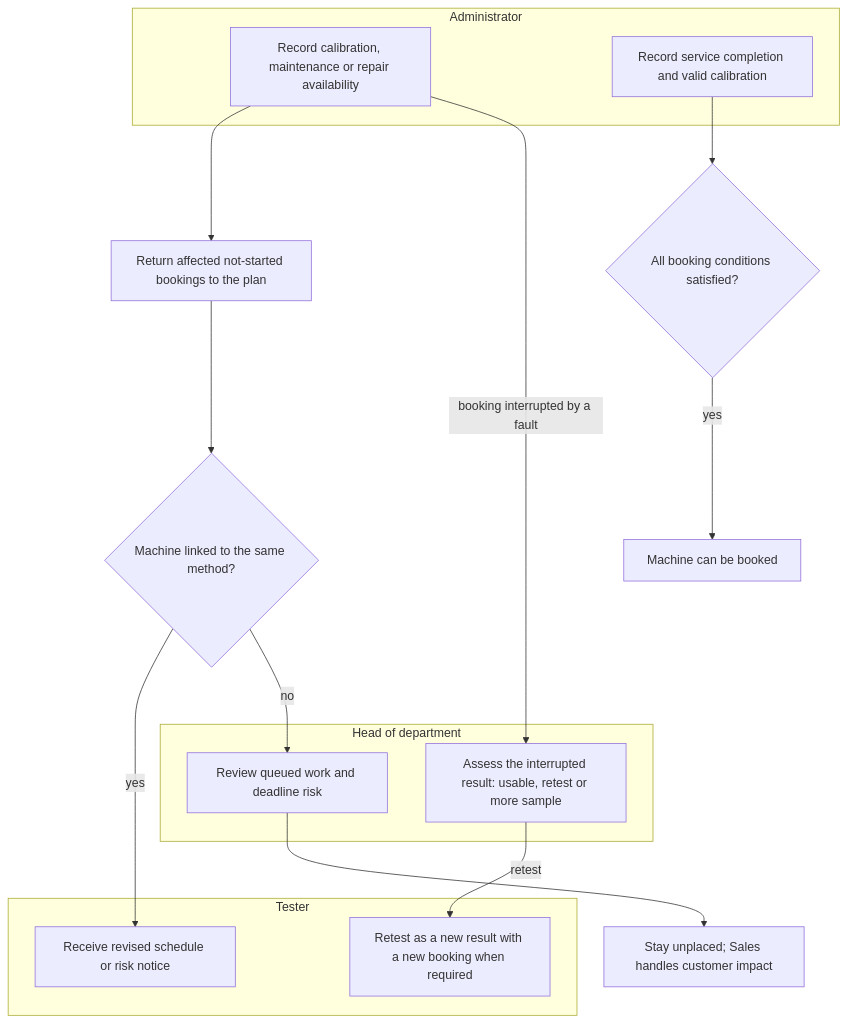
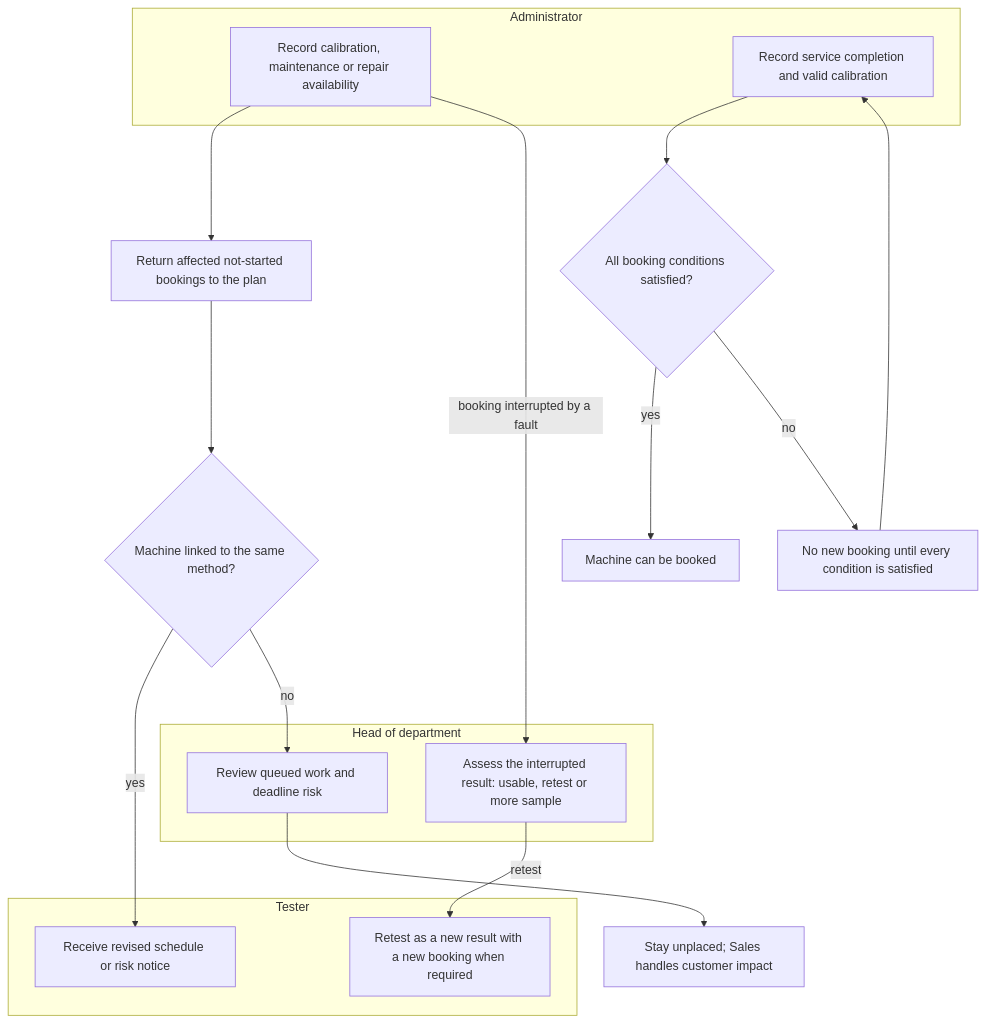
Diagram 11 of 17 in docs/functional/business-flows.md (SoltuneMontepre/medilab), drawn with Mermaid before and after one commit. The commit also changed other lines of this file and 1 other file, not shown here.

First line of the commit message:
[docs] Add the missing stories and paths to the business flows

````diff
--- a/docs/functional/business-flows.md
+++ b/docs/functional/business-flows.md
@@ -496,22 +500,23 @@
 ```mermaid
 flowchart TD
     subgraph lane29 ["Administrator"]
         a1[Record calibration, maintenance or repair availability]
         a2[Record service completion and valid calibration]
     end
     subgraph lane28 ["Head of department"]
         h1[Assess the interrupted result: usable, retest or more sample]
         h2[Review queued work and deadline risk]
     end
     subgraph lane27 ["Tester"]
         t1[Receive revised schedule or risk notice]
         t2[Retest as a new result with a new booking when required]
     end
     a1 --> q[Return affected not-started bookings to the plan]
     a1 -->|booking interrupted by a fault| h1 -->|retest| t2
     q --> other{Machine linked to the same method?}
     other -->|yes| t1
     other -->|no| h2 --> wait[Stay unplaced; Sales handles customer impact]
     a2 --> fit{All booking conditions satisfied?}
     fit -->|yes| available[Machine can be booked]
+    fit -->|no| blocked[No new booking until every condition is satisfied] --> a2
 ```
````
